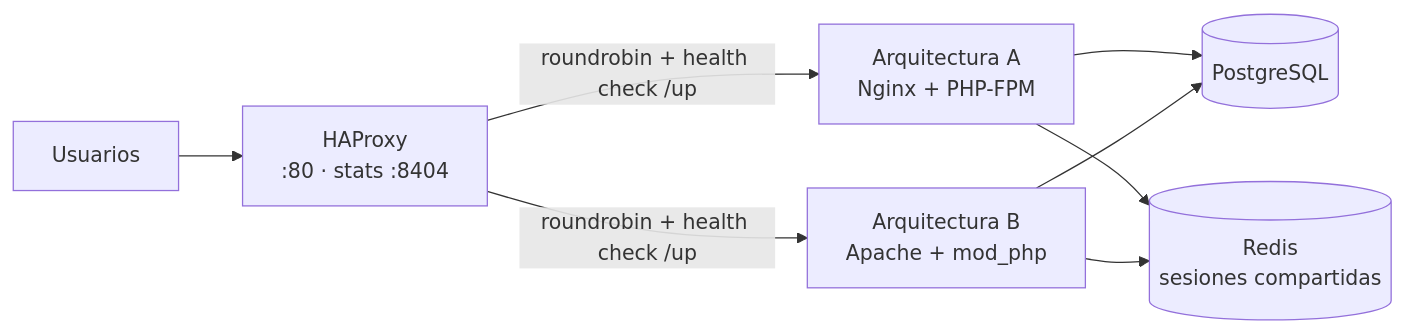
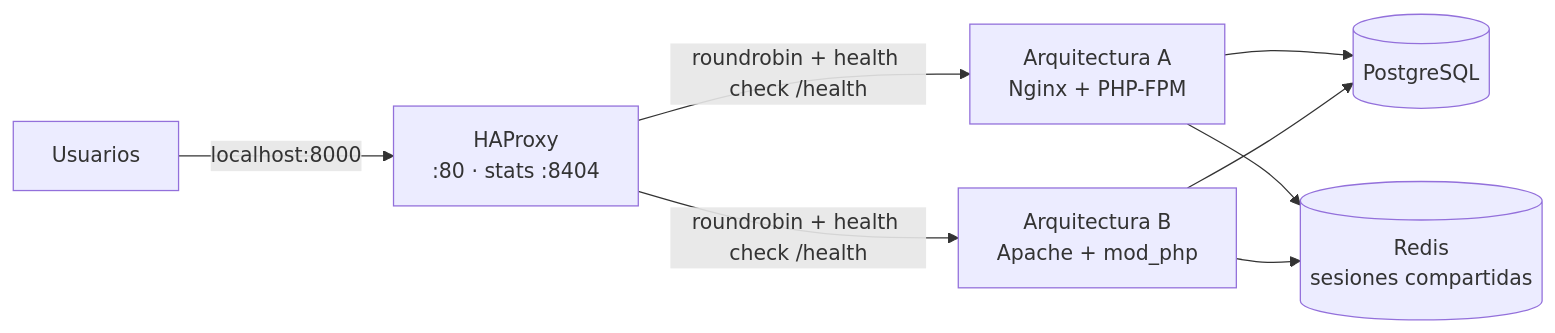
Before and after one commit to Pacotez12/agendturnos-prog4: the second of 4 diagrams in docs/arquitectura.md, drawn with Mermaid. The commit also changed other lines of this file and 12 other files, not shown here.

First line of the commit message:
feat(SCRUM-30): HAProxy con balanceo, health checks y Stats en 8404 (#15)

````diff
--- a/docs/arquitectura.md
+++ b/docs/arquitectura.md
@@ -104,10 +105,10 @@
 ```mermaid
 flowchart LR
-    U[Usuarios] --> H[HAProxy<br/>:80 · stats :8404]
-    H -- "roundrobin + health check /up" --> A1[Arquitectura A<br/>Nginx + PHP-FPM]
-    H -- "roundrobin + health check /up" --> B1[Arquitectura B<br/>Apache + mod_php]
+    U[Usuarios] -- "localhost:8000" --> H[HAProxy<br/>:80 · stats :8404]
+    H -- "roundrobin + health check /health" --> A1[Arquitectura A<br/>Nginx + PHP-FPM]
+    H -- "roundrobin + health check /health" --> B1[Arquitectura B<br/>Apache + mod_php]
     A1 --> D[(PostgreSQL)]
     B1 --> D
     A1 --> R[(Redis<br/>sesiones compartidas)]
     B1 --> R
 ```
````
